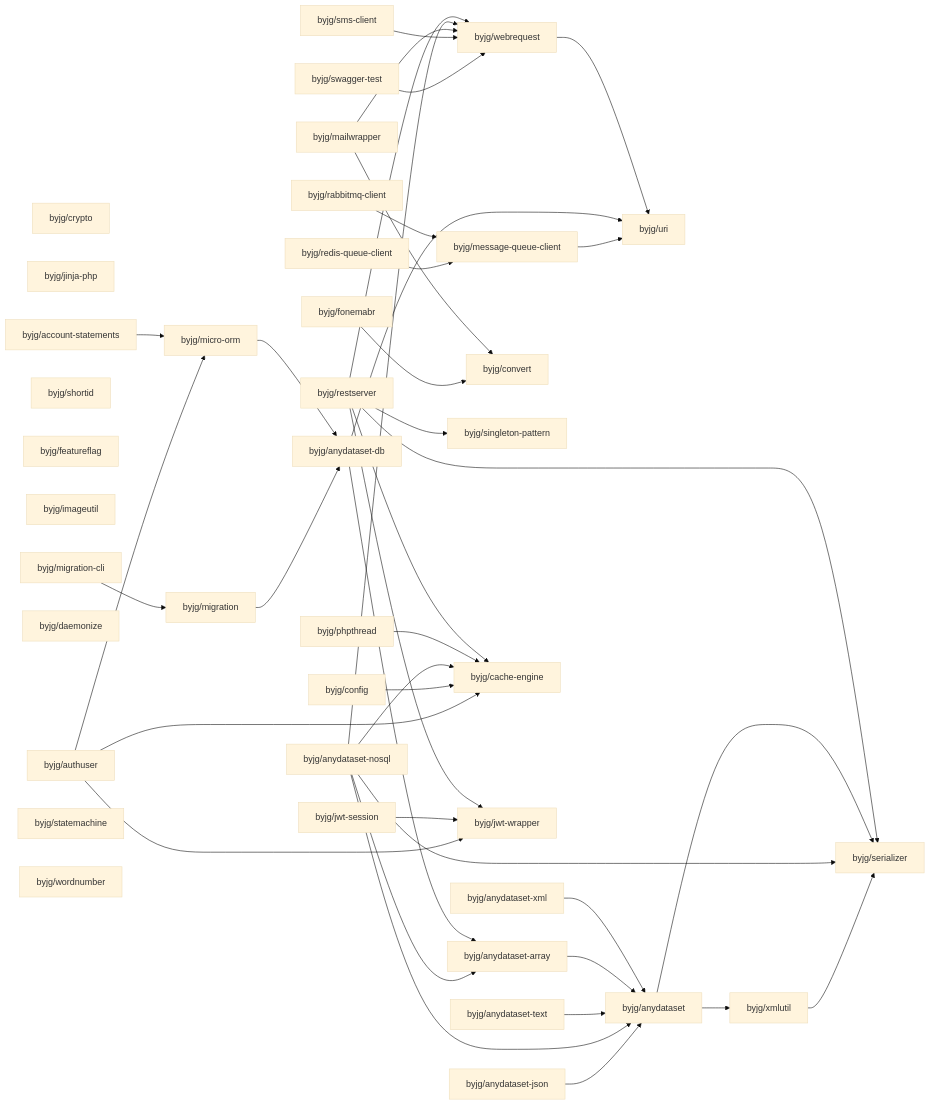
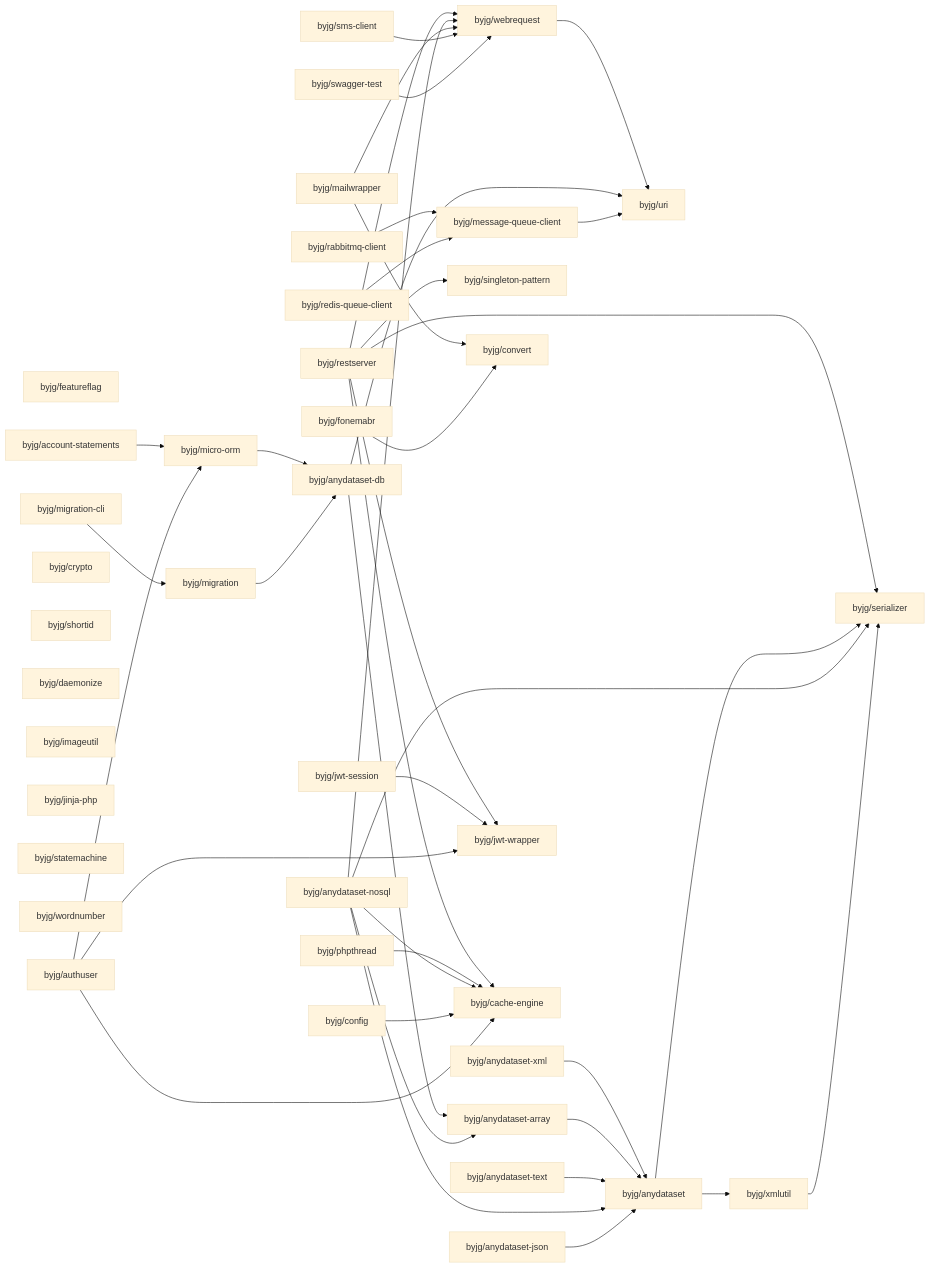
Before and after one commit to byjg/byjg.github.io: the diagram in docs/php/README.md, drawn with Mermaid (base theme). The commit also changed other lines of this file, not shown here.

Commit message:
Update documentation 'php' 'php-migration'

````diff
--- a/docs/php/README.md
+++ b/docs/php/README.md
@@ -3,80 +3,80 @@
 ```mermaid
 graph LR;
+  byjg/featureflag;
+  byjg/account-statements;
+  byjg/migration-cli;
+  byjg/anydataset-nosql;
+  byjg/phpthread;
+  byjg/restserver;
+  byjg/jwt-session;
   byjg/crypto;
+  byjg/fonemabr;
+  byjg/anydataset-text;
+  byjg/anydataset-xml;
+  byjg/shortid;
+  byjg/daemonize;
+  byjg/imageutil;
+  byjg/redis-queue-client;
+  byjg/sms-client;
   byjg/jinja-php;
-  byjg/fonemabr;
+  byjg/swagger-test;
+  byjg/statemachine;
+  byjg/rabbitmq-client;
+  byjg/wordnumber;
   byjg/mailwrapper;
-  byjg/account-statements;
-  byjg/shortid;
-  byjg/sms-client;
-  byjg/redis-queue-client;
-  byjg/phpthread;
-  byjg/anydataset-nosql;
+  byjg/authuser;
+  byjg/anydataset-json;
   byjg/config;
-  byjg/featureflag;
-  byjg/restserver;
-  byjg/rabbitmq-client;
-  byjg/jwt-session;
-  byjg/imageutil;
-  byjg/authuser;
-  byjg/daemonize;
-  byjg/swagger-test;
-  byjg/anydataset-json;
-  byjg/anydataset-text;
-  byjg/migration-cli;
-  byjg/statemachine;
-  byjg/wordnumber;
-  byjg/anydataset-xml;
-  byjg/convert;
+  byjg/migration;
   byjg/singleton-pattern;
   byjg/message-queue-client;
+  byjg/convert;
+  byjg/webrequest;
   byjg/micro-orm;
+  byjg/jwt-wrapper;
   byjg/cache-engine;
-  byjg/jwt-wrapper;
-  byjg/webrequest;
-  byjg/migration;
   byjg/anydataset-db;
   byjg/anydataset-array;
   byjg/uri;
   byjg/anydataset;
   byjg/xmlutil;
   byjg/serializer;
   byjg/migration --> byjg/anydataset-db;
   byjg/fonemabr --> byjg/convert;
   byjg/swagger-test --> byjg/webrequest;
   byjg/authuser --> byjg/micro-orm;
   byjg/authuser --> byjg/cache-engine;
   byjg/authuser --> byjg/jwt-wrapper;
   byjg/config --> byjg/cache-engine;
   byjg/message-queue-client --> byjg/uri;
   byjg/sms-client --> byjg/webrequest;
   byjg/xmlutil --> byjg/serializer;
   byjg/anydataset-json --> byjg/anydataset;
   byjg/mailwrapper --> byjg/convert;
   byjg/mailwrapper --> byjg/webrequest;
   byjg/anydataset-nosql --> byjg/anydataset;
   byjg/anydataset-nosql --> byjg/anydataset-array;
   byjg/anydataset-nosql --> byjg/serializer;
   byjg/anydataset-nosql --> byjg/webrequest;
   byjg/anydataset-nosql --> byjg/cache-engine;
   byjg/migration-cli --> byjg/migration;
   byjg/redis-queue-client --> byjg/message-queue-client;
   byjg/jwt-session --> byjg/jwt-wrapper;
   byjg/anydataset --> byjg/serializer;
   byjg/anydataset --> byjg/xmlutil;
   byjg/anydataset-db --> byjg/anydataset-array;
   byjg/anydataset-db --> byjg/uri;
   byjg/phpthread --> byjg/cache-engine;
   byjg/anydataset-text --> byjg/anydataset;
   byjg/restserver --> byjg/serializer;
   byjg/restserver --> byjg/singleton-pattern;
   byjg/restserver --> byjg/cache-engine;
   byjg/restserver --> byjg/webrequest;
   byjg/restserver --> byjg/jwt-wrapper;
   byjg/account-statements --> byjg/micro-orm;
   byjg/webrequest --> byjg/uri;
   byjg/micro-orm --> byjg/anydataset-db;
   byjg/anydataset-array --> byjg/anydataset;
   byjg/anydataset-xml --> byjg/anydataset;
   byjg/rabbitmq-client --> byjg/message-queue-client;
 ```
````
